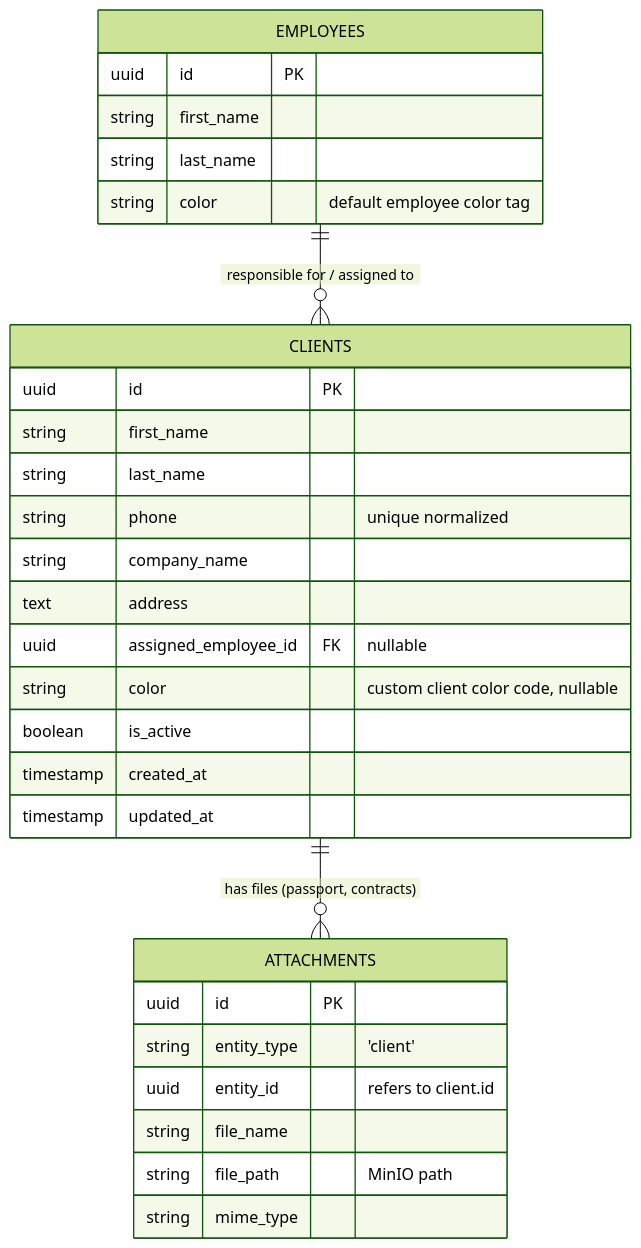
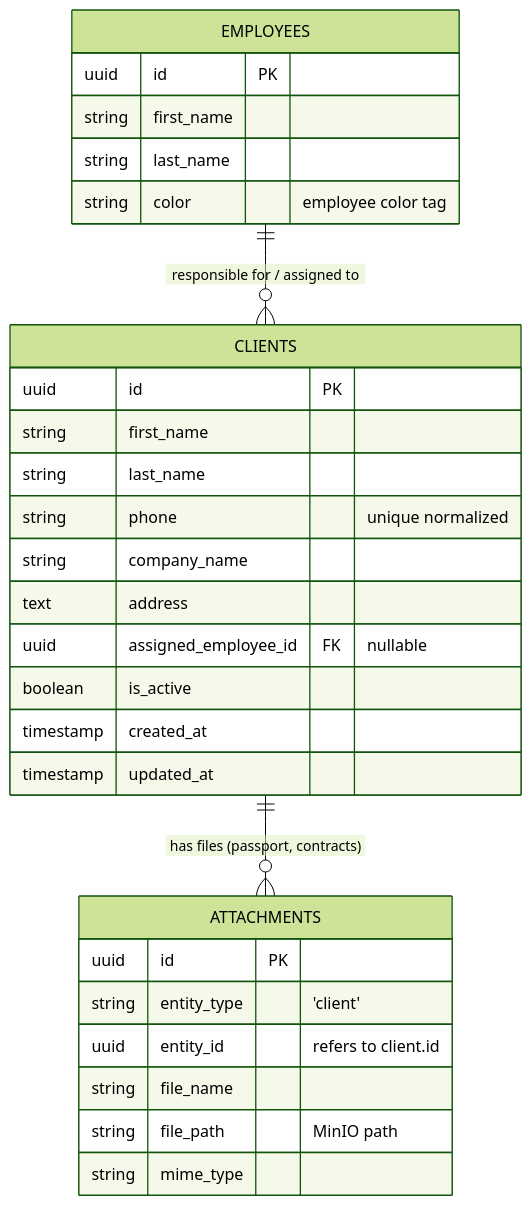
The diagram in Docs/API/CLIENTS_API_DOC.md (shaxzodrashid/YaqeenFrontend), drawn with Mermaid (forest theme) before and after one commit. The commit also changed other lines of this file and 32 other files, not shown here.

````diff
--- a/Docs/API/CLIENTS_API_DOC.md
+++ b/Docs/API/CLIENTS_API_DOC.md
@@ -33,35 +36,34 @@
 ```mermaid
 erDiagram
     EMPLOYEES ||--o{ CLIENTS : "responsible for / assigned to"
     CLIENTS ||--o{ ATTACHMENTS : "has files (passport, contracts)"
 
     EMPLOYEES {
         uuid id PK
         string first_name
         string last_name
-        string color "default employee color tag"
+        string color "employee color tag"
     }
 
     CLIENTS {
         uuid id PK
         string first_name
         string last_name
         string phone "unique normalized"
         string company_name
         text address
         uuid assigned_employee_id FK "nullable"
-        string color "custom client color code, nullable"
         boolean is_active
         timestamp created_at
         timestamp updated_at
     }
 
     ATTACHMENTS {
         uuid id PK
         string entity_type "'client'"
         uuid entity_id "refers to client.id"
         string file_name
         string file_path "MinIO path"
         string mime_type
     }
 ```
````
